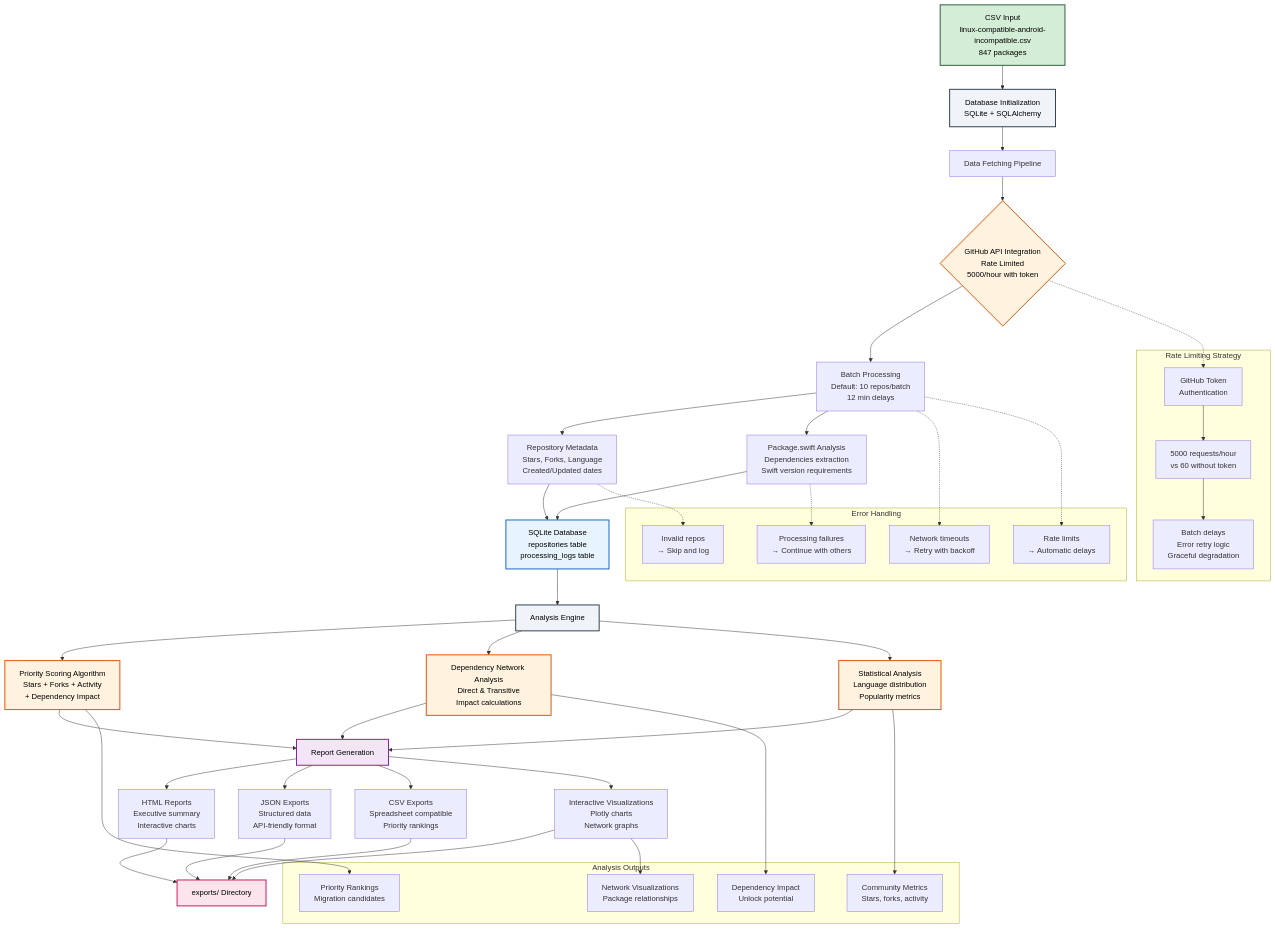
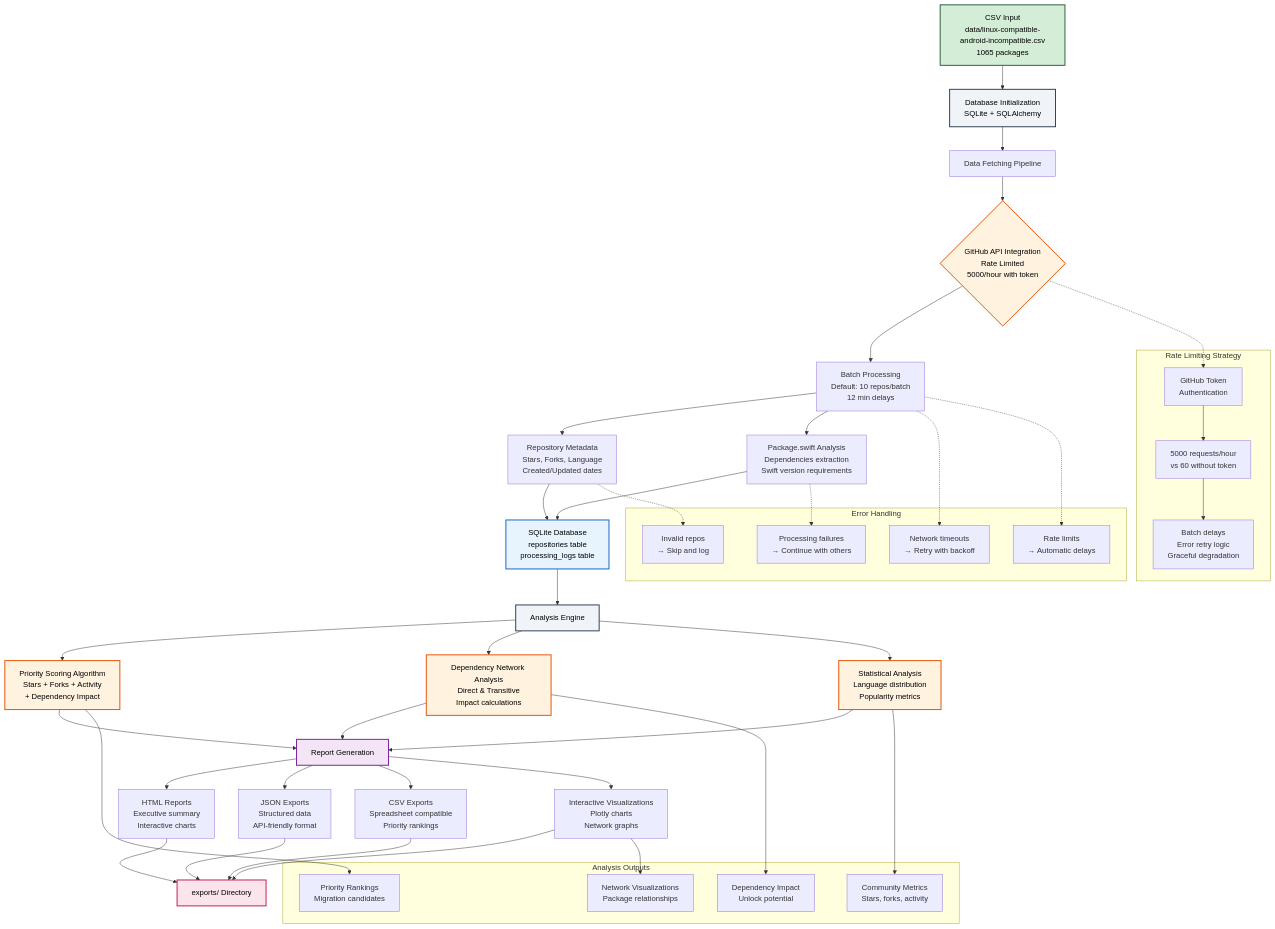
One commit to Jake-Prickett/spm-android-support-tracking changed the second of 2 diagrams in README.md. Above: the diagram before and after it, drawn with Mermaid. The commit also changed other lines of this file and 10 other files, not shown here.

````diff
--- a/README.md
+++ b/README.md
@@ -410,74 +411,74 @@
 ```mermaid
 graph TD
-    A[CSV Input<br/>linux-compatible-android-incompatible.csv<br/>847 packages] --> B[Database Initialization<br/>SQLite + SQLAlchemy]
+    A[CSV Input<br/>data/linux-compatible-android-incompatible.csv<br/>1065 packages] --> B[Database Initialization<br/>SQLite + SQLAlchemy]
     
     B --> C[Data Fetching Pipeline]
     C --> D{GitHub API Integration<br/>Rate Limited<br/>5000/hour with token}
     
     D --> E[Batch Processing<br/>Default: 10 repos/batch<br/>12 min delays]
     E --> F[Repository Metadata<br/>Stars, Forks, Language<br/>Created/Updated dates]
     E --> G[Package.swift Analysis<br/>Dependencies extraction<br/>Swift version requirements]
     
     F --> H[SQLite Database<br/>repositories table<br/>processing_logs table]
     G --> H
     
     H --> I[Analysis Engine]
     I --> J[Priority Scoring Algorithm<br/>Stars + Forks + Activity<br/>+ Dependency Impact]
     I --> K[Dependency Network Analysis<br/>Direct & Transitive<br/>Impact calculations]
     I --> L[Statistical Analysis<br/>Language distribution<br/>Popularity metrics]
     
     J --> M[Report Generation]
     K --> M
     L --> M
     
     M --> N[HTML Reports<br/>Executive summary<br/>Interactive charts]
     M --> O[JSON Exports<br/>Structured data<br/>API-friendly format]
     M --> P[CSV Exports<br/>Spreadsheet compatible<br/>Priority rankings]
     M --> Q[Interactive Visualizations<br/>Plotly charts<br/>Network graphs]
     
     N --> R[exports/ Directory]
     O --> R
     P --> R
     Q --> R
     
     subgraph "Rate Limiting Strategy"
         S[GitHub Token<br/>Authentication] --> T[5000 requests/hour<br/>vs 60 without token]
         T --> U[Batch delays<br/>Error retry logic<br/>Graceful degradation]
     end
     
     subgraph "Analysis Outputs"
         V[Priority Rankings<br/>Migration candidates]
         W[Dependency Impact<br/>Unlock potential]
         X[Community Metrics<br/>Stars, forks, activity]
         Y[Network Visualizations<br/>Package relationships]
     end
     
     subgraph "Error Handling"
         Z[Network timeouts<br/>→ Retry with backoff]
         AA[Rate limits<br/>→ Automatic delays]
         BB[Invalid repos<br/>→ Skip and log]
         CC[Processing failures<br/>→ Continue with others]
     end
     
     D -.-> S
     E -.-> Z
     E -.-> AA
     F -.-> BB
     G -.-> CC
     
     J --> V
     K --> W
     L --> X
     Q --> Y
     
     style A fill:#d4edd6,stroke:#2d5a3d,stroke-width:2px,color:#000
     style B fill:#f0f4f8,stroke:#2c3e50,stroke-width:2px,color:#000
     style H fill:#e8f4fd,stroke:#1565c0,stroke-width:2px,color:#000
     style D fill:#fff3e0,stroke:#e65100,stroke-width:2px,color:#000
     style M fill:#f3e5f5,stroke:#7b1fa2,stroke-width:2px,color:#000
     style R fill:#fce4ec,stroke:#c2185b,stroke-width:2px,color:#000
     style I fill:#f0f4f8,stroke:#2c3e50,stroke-width:2px,color:#000
     style J fill:#fff3e0,stroke:#e65100,stroke-width:2px,color:#000
     style K fill:#fff3e0,stroke:#e65100,stroke-width:2px,color:#000
     style L fill:#fff3e0,stroke:#e65100,stroke-width:2px,color:#000
 ```
````
